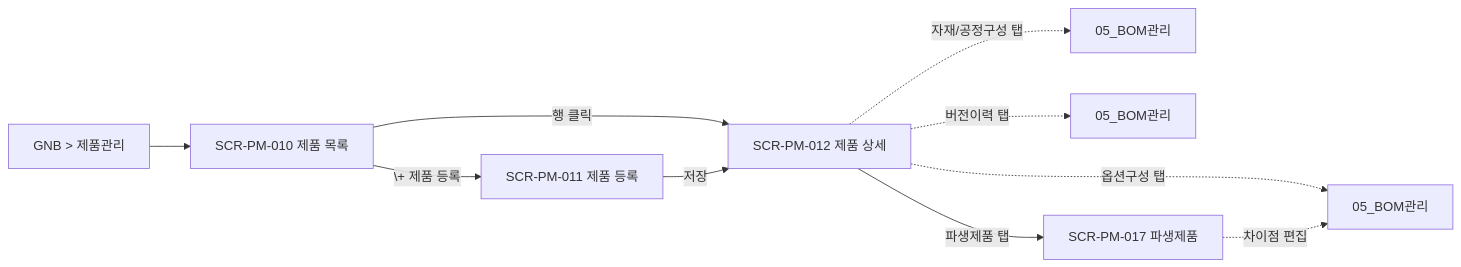
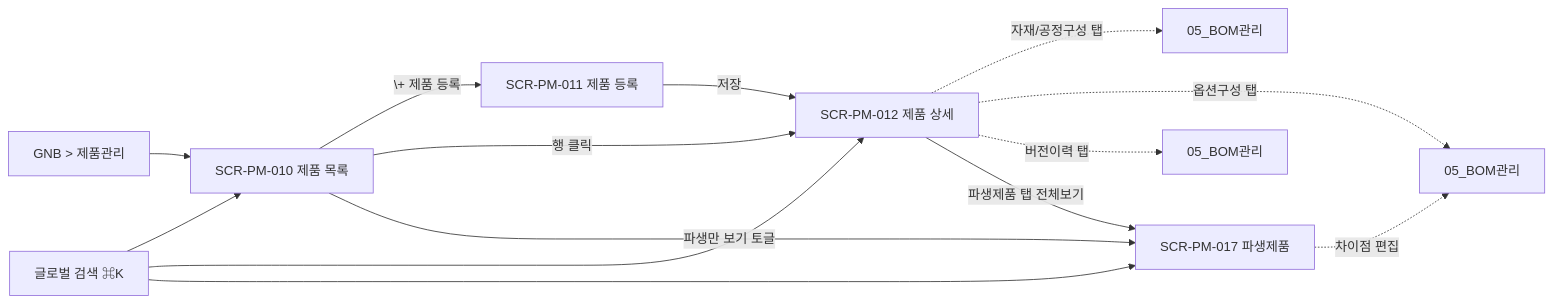
One commit to team-codecraft/wims2.0 changed the first of 4 diagrams in docs/3_DE(설계)/DE22-1_화면설계서/sections/04_제품관리.md. Above: the diagram before and after it, drawn with Mermaid. The commit also changed other lines of this file and 78 other files, not shown here.

````diff
--- a/docs/3_DE(설계)/DE22-1_화면설계서/sections/04_제품관리.md
+++ b/docs/3_DE(설계)/DE22-1_화면설계서/sections/04_제품관리.md
@@ -38,12 +43,16 @@
 ```mermaid
 flowchart LR
   GNB["GNB > 제품관리"] --> L[SCR-PM-010 제품 목록]
+  CMDK["글로벌 검색 ⌘K"] --> L
+  CMDK --> D
+  CMDK --> DV
   L -->|\+ 제품 등록| N[SCR-PM-011 제품 등록]
   L -->|행 클릭| D[SCR-PM-012 제품 상세]
+  L -->|파생만 보기 토글| DV[SCR-PM-017 파생제품]
   N -->|저장| D
   D -.자재/공정구성 탭.-> B1[05_BOM관리]
   D -.옵션구성 탭.-> B2[05_BOM관리]
   D -.버전이력 탭.-> B3[05_BOM관리]
-  D -->|파생제품 탭| DV[SCR-PM-017 파생제품]
+  D -->|파생제품 탭 전체보기| DV
   DV -.차이점 편집.-> B2
 ```
````
